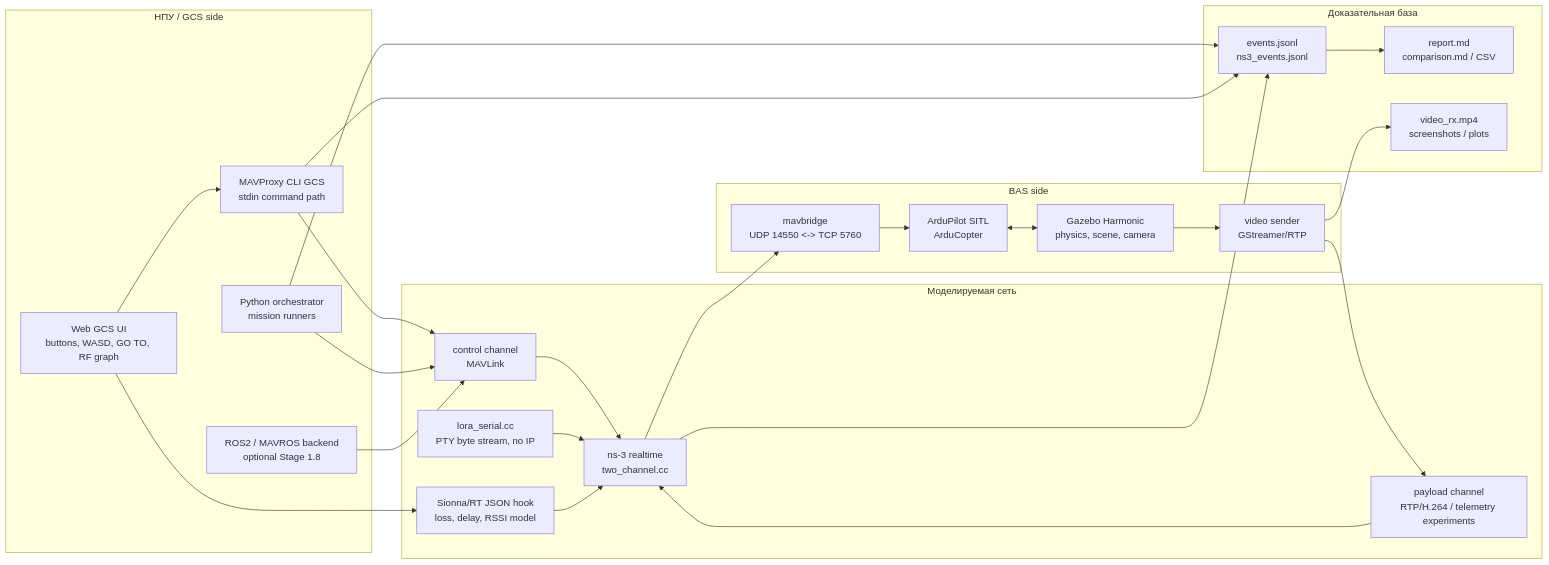
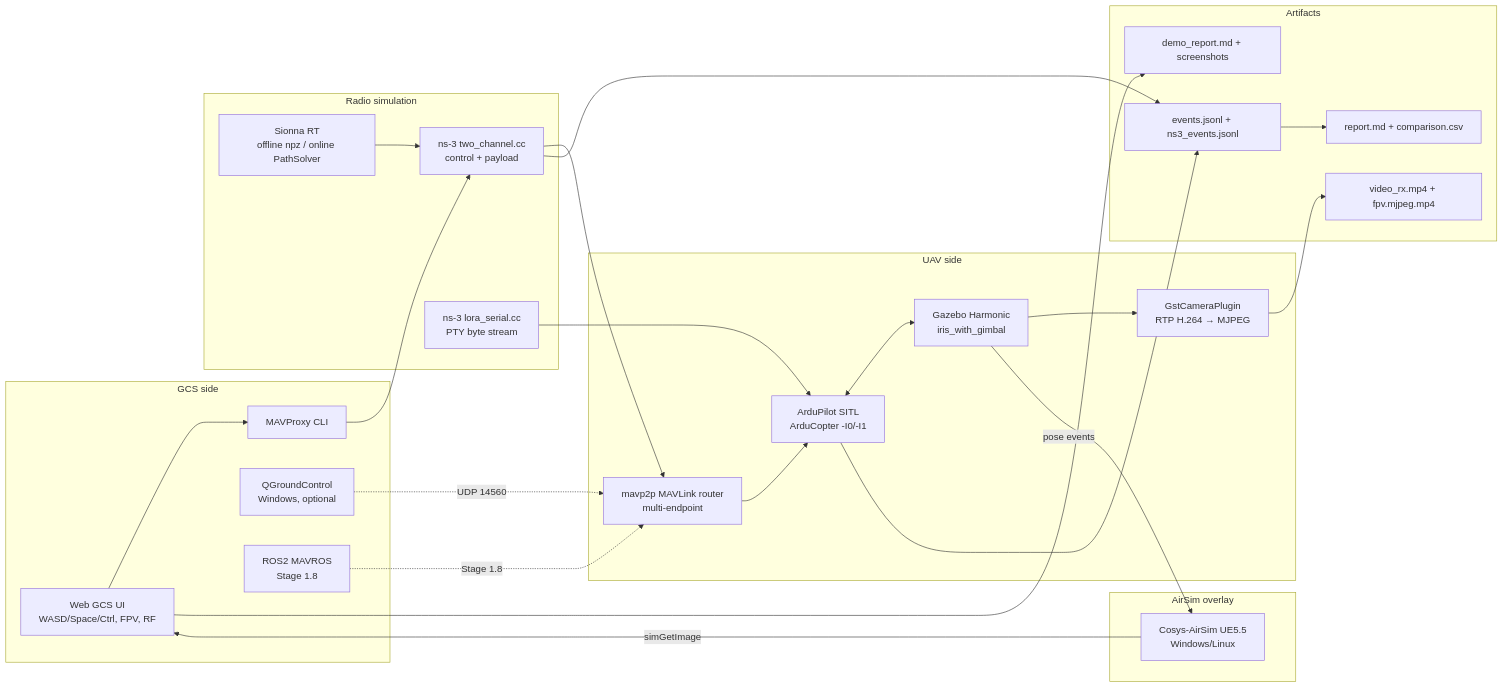
The diagram in README.md (AFETZ/bas), drawn with Mermaid before and after one commit. The commit also changed other lines of this file and 15 other files, not shown here.

````diff
--- a/README.md
+++ b/README.md
@@ -35,50 +59,49 @@
 ```mermaid
 flowchart LR
-    subgraph Operator["НПУ / GCS side"]
-        Web["Web GCS UI<br/>buttons, WASD, GO TO, RF graph"]
-        MAVProxy["MAVProxy CLI GCS<br/>stdin command path"]
-        Orchestrator["Python orchestrator<br/>mission runners"]
-        MAVROS["ROS2 / MAVROS backend<br/>optional Stage 1.8"]
+    subgraph GCS["GCS side"]
+        Web[Web GCS UI<br/>WASD/Space/Ctrl, FPV, RF]
+        MP[MAVProxy CLI]
+        QGC[QGroundControl<br/>Windows, optional]
+        MAVROS[ROS2 MAVROS<br/>Stage 1.8]
     end
 
-    subgraph Net["Моделируемая сеть"]
-        NS3["ns-3 realtime<br/>two_channel.cc"]
-        Control["control channel<br/>MAVLink"]
-        Payload["payload channel<br/>RTP/H.264 / telemetry experiments"]
-        LoRa["lora_serial.cc<br/>PTY byte stream, no IP"]
-        Sionna["Sionna/RT JSON hook<br/>loss, delay, RSSI model"]
+    subgraph Radio["Radio simulation"]
+        NS3[ns-3 two_channel.cc<br/>control + payload]
+        LoRa[ns-3 lora_serial.cc<br/>PTY byte stream]
+        Sionna[Sionna RT<br/>offline npz / online PathSolver]
     end
 
-    subgraph UAV["BAS side"]
-        MavBridge["mavbridge<br/>UDP 14550 <-> TCP 5760"]
-        SITL["ArduPilot SITL<br/>ArduCopter"]
-        Gazebo["Gazebo Harmonic<br/>physics, scene, camera"]
-        VideoTx["video sender<br/>GStreamer/RTP"]
+    subgraph UAV["UAV side"]
+        SITL[ArduPilot SITL<br/>ArduCopter -I0/-I1]
+        Gz[Gazebo Harmonic<br/>iris_with_gimbal]
+        FPV[GstCameraPlugin<br/>RTP H.264 → MJPEG]
+        Router[mavp2p MAVLink router<br/>multi-endpoint]
     end
 
-    subgraph Evidence["Доказательная база"]
-        Logs["events.jsonl<br/>ns3_events.jsonl"]
-        Report["report.md<br/>comparison.md / CSV"]
-        Media["video_rx.mp4<br/>screenshots / plots"]
+    subgraph Overlay["AirSim overlay"]
+        AS[Cosys-AirSim UE5.5<br/>Windows/Linux]
     end
 
-    Web --> MAVProxy
-    MAVProxy --> Control
-    Orchestrator --> Control
-    MAVROS --> Control
-    Control --> NS3
-    Payload --> NS3
-    LoRa --> NS3
+    subgraph Out["Artifacts"]
+        EV[events.jsonl + ns3_events.jsonl]
+        Rep[report.md + comparison.csv]
+        Vid[video_rx.mp4 + fpv.mjpeg.mp4]
+        Demo[demo_report.md + screenshots]
+    end
+
+    Web --> MP --> NS3 --> Router --> SITL
+    QGC -.->|UDP 14560| Router
+    MAVROS -.->|Stage 1.8| Router
+    SITL <--> Gz
+    Gz --> FPV
+    Gz -->|pose events| AS
+    AS -->|simGetImage| Web
     Sionna --> NS3
-    NS3 --> MavBridge
-    MavBridge --> SITL
-    SITL <--> Gazebo
-    Gazebo --> VideoTx
-    VideoTx --> Payload
-    Web --> Sionna
-    Orchestrator --> Logs
-    MAVProxy --> Logs
-    NS3 --> Logs
-    Logs --> Report
-    VideoTx --> Media
+    LoRa --> SITL
+
+    SITL --> EV
+    NS3 --> EV
+    EV --> Rep
+    FPV --> Vid
+    Web --> Demo
 ```
````
